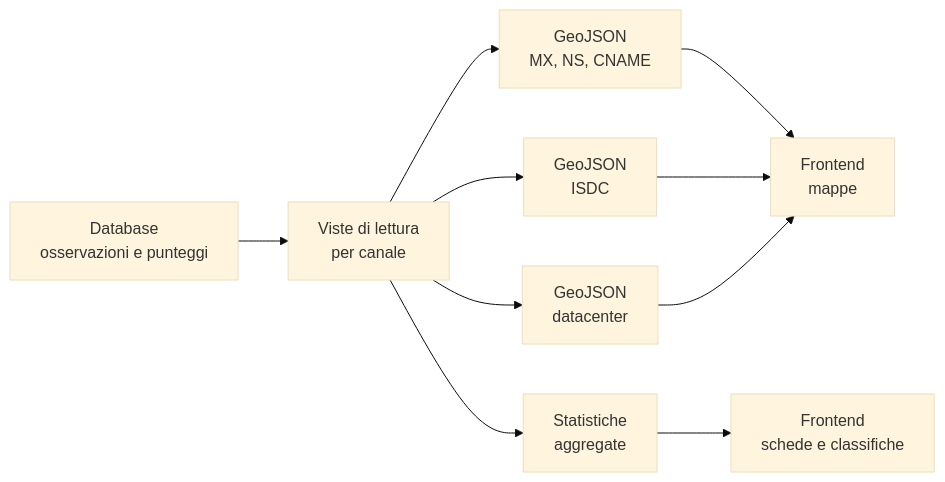
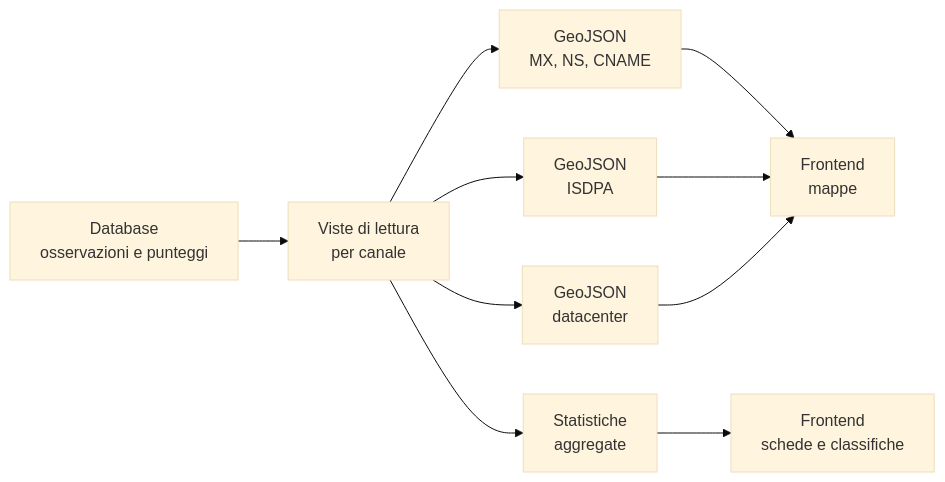
One commit to pietrobiase/osservatorio-sovranita-digitale-backend changed the diagram in docs/09-output-frontend.md. Above: the diagram before and after it, drawn with Mermaid (base theme). The commit also changed other lines of this file and 10 other files, not shown here.

````diff
--- a/docs/09-output-frontend.md
+++ b/docs/09-output-frontend.md
@@ -19,12 +19,12 @@
 ```mermaid
 flowchart LR
     A["Database<br/>osservazioni e punteggi"] --> B["Viste di lettura<br/>per canale"]
     B --> C1["GeoJSON<br/>MX, NS, CNAME"]
-    B --> C2["GeoJSON<br/>ISDC"]
+    B --> C2["GeoJSON<br/>ISDPA"]
     B --> C3["GeoJSON<br/>datacenter"]
     B --> D["Statistiche<br/>aggregate"]
     C1 --> E["Frontend<br/>mappe"]
     C2 --> E
     C3 --> E
     D --> F["Frontend<br/>schede e classifiche"]
 ```
````
